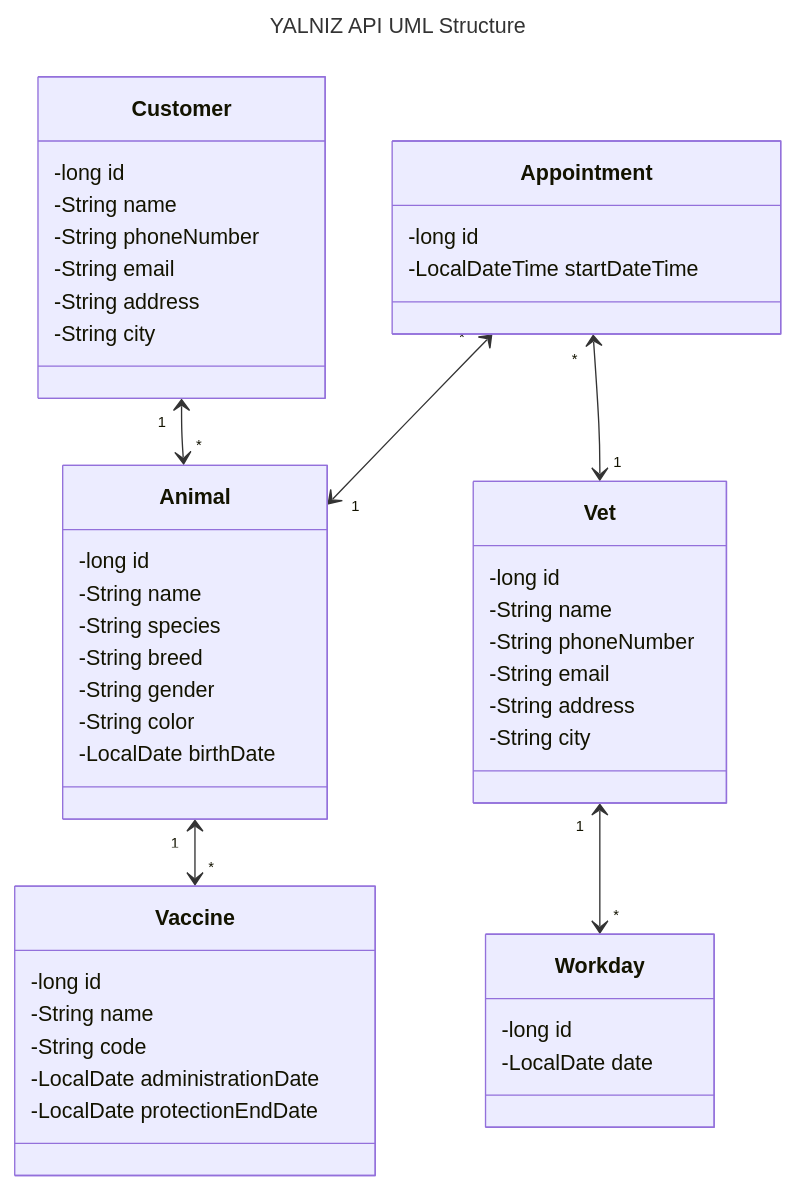
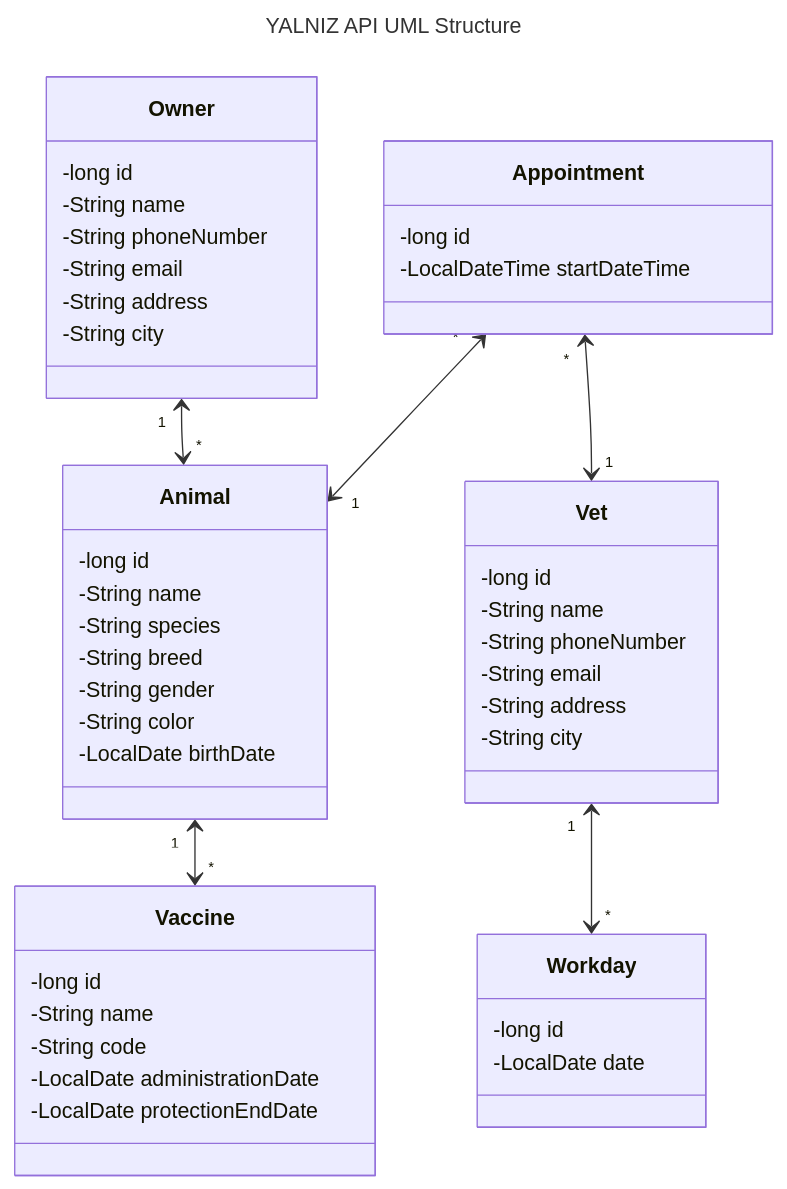
One commit to gokdenizozkan/yalniz-api changed the diagram in README.md. Above: the diagram before and after it, drawn with Mermaid. The commit also changed other lines of this file and 74 other files, not shown here.

````diff
--- a/README.md
+++ b/README.md
@@ -87,58 +94,58 @@
 ```mermaid
 ---
 title: YALNIZ API UML Structure
 ---
 classDiagram
     direction TB
-    Customer "1" <--> "*" Animal
+    Owner "1" <--> "*" Animal
     Animal "1" <--> "*" Vaccine
     Vet "1" <--> "*" Workday
     Appointment "*" <--> "1" Vet
     Appointment "*" <--> "1" Animal
 
     class Animal {
         -long id
         -String name
         -String species
         -String breed
         -String gender
         -String color
         -LocalDate birthDate
     }
 
-    class Customer {
+    class Owner {
         -long id
         -String name
         -String phoneNumber
         -String email
         -String address
         -String city
     }
 
     class Vaccine {
         -long id
         -String name
         -String code
         -LocalDate administrationDate
         -LocalDate protectionEndDate
     }
 
     class Vet {
         -long id
         -String name
         -String phoneNumber
         -String email
         -String address
         -String city
     }
 
     class Workday {
         -long id
         -LocalDate date
     }
 
     class Appointment {
         -long id
         -LocalDateTime startDateTime
     }
 ```
````
